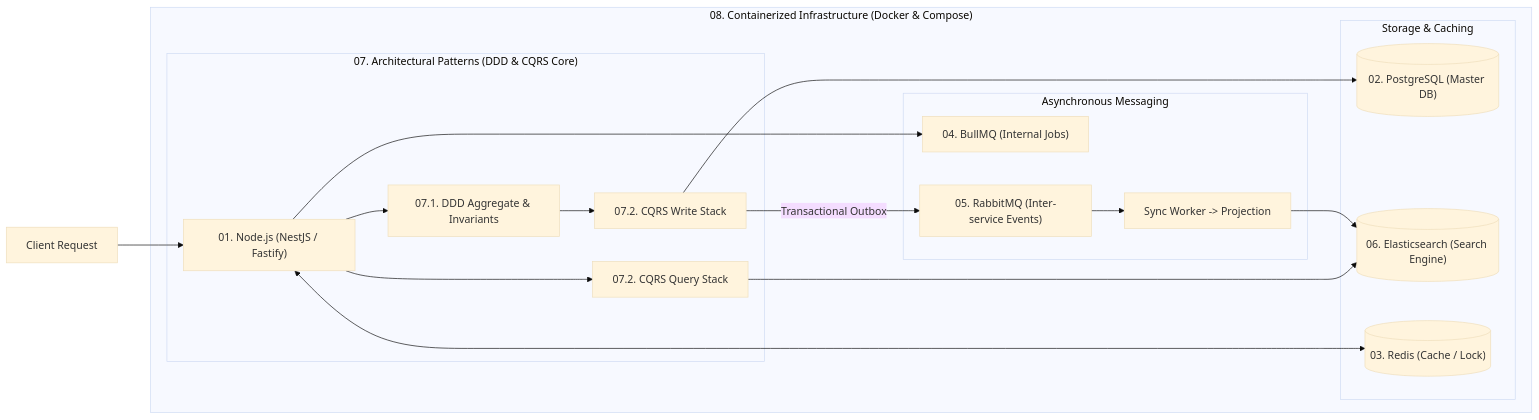
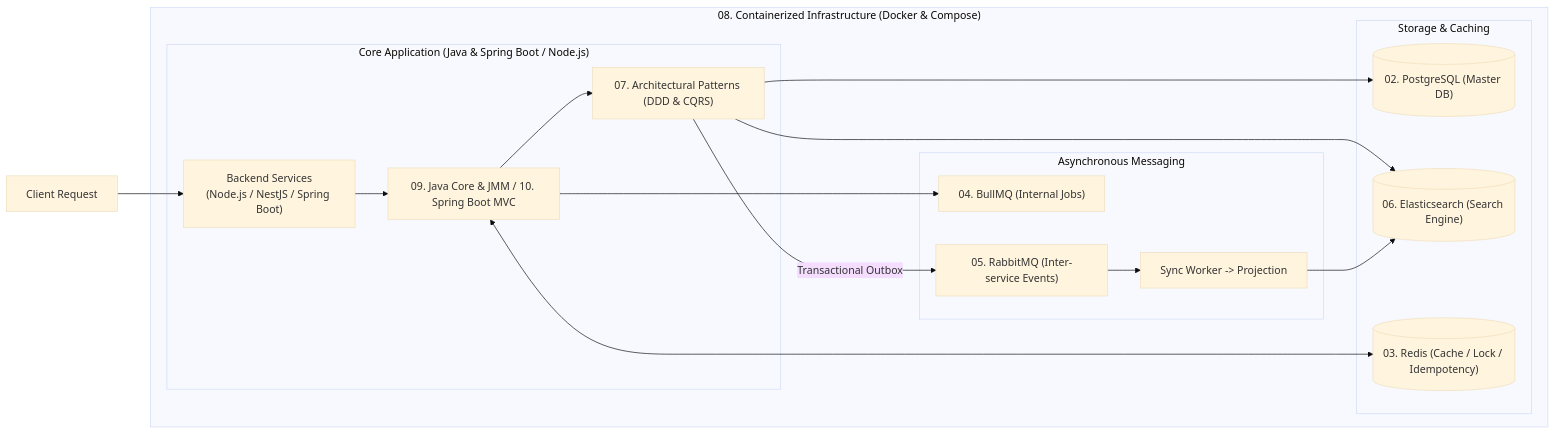
Before and after one commit to NDQuynh25/interview: the diagram in README.md, drawn with Mermaid (base theme). The commit also changed other lines of this file and 5 other files, not shown here.

Commit message:
Add interview answer guide for Java Core Developer in Fintech domain

````diff
--- a/README.md
+++ b/README.md
@@ -27,25 +29,24 @@
 ```mermaid
 flowchart LR
-    Client["Client Request"] --> NodeApp["01. Node.js (NestJS / Fastify)"]
+    Client["Client Request"] --> AppGateway["Backend Services<br/>(Node.js / NestJS / Spring Boot)"]
     
     subgraph DockerEnv ["08. Containerized Infrastructure (Docker & Compose)"]
-        subgraph ArchPatterns ["07. Architectural Patterns (DDD & CQRS Core)"]
-            NodeApp --> DDD["07.1. DDD Aggregate & Invariants"]
-            DDD --> CQRS_W["07.2. CQRS Write Stack"]
-            NodeApp --> CQRS_R["07.2. CQRS Query Stack"]
+        subgraph CoreApp ["Core Application (Java & Spring Boot / Node.js)"]
+            AppGateway --> SpringCore["09. Java Core & JMM / 10. Spring Boot MVC"]
+            SpringCore --> ArchPatterns["07. Architectural Patterns (DDD & CQRS)"]
         end
         
-        subgraph "Storage & Caching"
-            CQRS_W --> Postgres[("02. PostgreSQL (Master DB)")]
-            CQRS_R --> Elastic[("06. Elasticsearch (Search Engine)")]
-            NodeApp <--> Redis[("03. Redis (Cache / Lock)")]
+        subgraph StorageLayer ["Storage & Caching"]
+            ArchPatterns --> Postgres[("02. PostgreSQL (Master DB)")]
+            ArchPatterns --> Elastic[("06. Elasticsearch (Search Engine)")]
+            SpringCore <--> Redis[("03. Redis (Cache / Lock / Idempotency)")]
         end
         
-        subgraph "Asynchronous Messaging"
-            NodeApp --> BullMQ["04. BullMQ (Internal Jobs)"]
-            CQRS_W -- "Transactional Outbox" --> RabbitMQ["05. RabbitMQ (Inter-service Events)"]
+        subgraph AsyncLayer ["Asynchronous Messaging"]
+            SpringCore --> BullMQ["04. BullMQ (Internal Jobs)"]
+            ArchPatterns -- "Transactional Outbox" --> RabbitMQ["05. RabbitMQ (Inter-service Events)"]
             RabbitMQ --> ElasticSync["Sync Worker -> Projection"]
             ElasticSync --> Elastic
         end
     end
 ```
````
